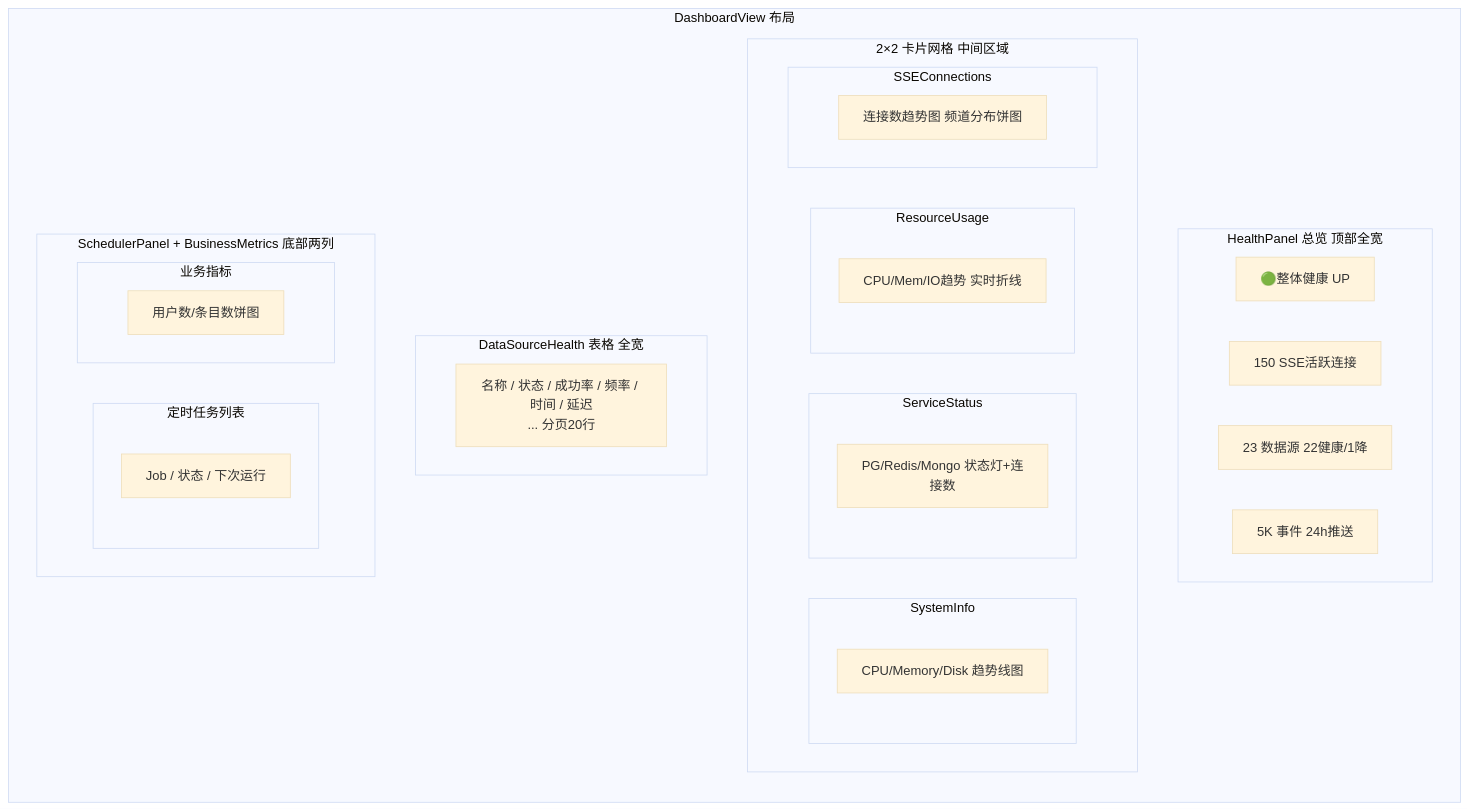
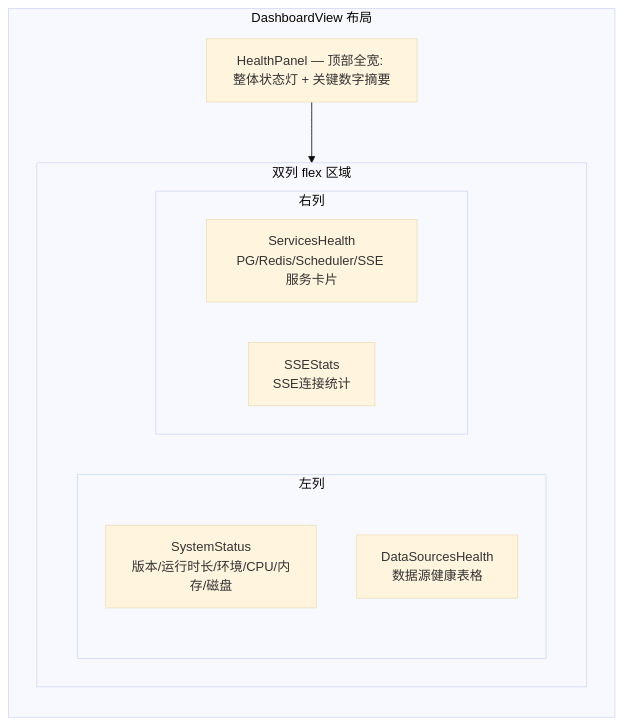
The third of 3 diagrams in docs/design/dashboard-tab.md (onceme/instantboard), drawn with Mermaid (base theme) before and after one commit. The commit also changed other lines of this file and 14 other files, not shown here.

````diff
--- a/docs/design/dashboard-tab.md
+++ b/docs/design/dashboard-tab.md
@@ -257,39 +185,17 @@
 ```mermaid
 graph LR
   subgraph dashboard["DashboardView 布局"]
-    subgraph health["HealthPanel 总览 顶部全宽"]
-      OverallHealth["🟢整体健康 UP"]
-      SSEActive["150 SSE活跃连接"]
-      DataSources["23 数据源 22健康/1降"]
-      EventsCount["5K 事件 24h推送"]
-    end
-
-    subgraph cards["2×2 卡片网格 中间区域"]
-      subgraph card1["SystemInfo"]
-        SysInfoContent["CPU/Memory/Disk 趋势线图"]
+    HP["HealthPanel — 顶部全宽: 整体状态灯 + 关键数字摘要"]
+    subgraph cols["双列 flex 区域"]
+      subgraph left["左列"]
+        SS["SystemStatus<br/>版本/运行时长/环境/CPU/内存/磁盘"]
+        DSH["DataSourcesHealth<br/>数据源健康表格"]
       end
-      subgraph card2["ServiceStatus"]
-        ServiceContent["PG/Redis/Mongo 状态灯+连接数"]
-      end
-      subgraph card3["ResourceUsage"]
-        ResourceContent["CPU/Mem/IO趋势 实时折线"]
-      end
-      subgraph card4["SSEConnections"]
-        SSEContent["连接数趋势图 频道分布饼图"]
+      subgraph right["右列"]
+        SVH["ServicesHealth<br/>PG/Redis/Scheduler/SSE 服务卡片"]
+        SSESt["SSEStats<br/>SSE连接统计"]
       end
     end
-
-    subgraph datasource["DataSourceHealth 表格 全宽"]
-      DSTable["名称 / 状态 / 成功率 / 频率 / 时间 / 延迟<br/>... 分页20行"]
-    end
-
-    subgraph bottom["SchedulerPanel + BusinessMetrics 底部两列"]
-      subgraph sched["定时任务列表"]
-        SchedContent["Job / 状态 / 下次运行"]
-      end
-      subgraph biz["业务指标"]
-        BizContent["用户数/条目数饼图"]
-      end
-    end
+    HP --> cols
   end
 ```
````
